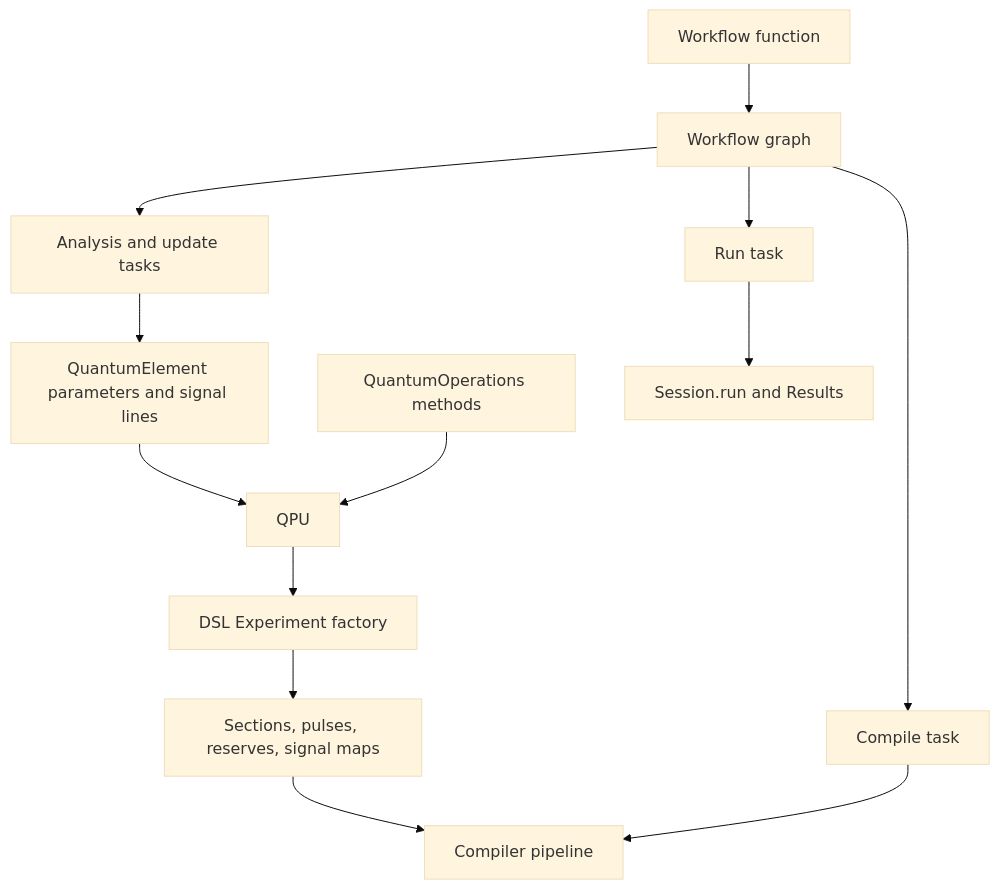
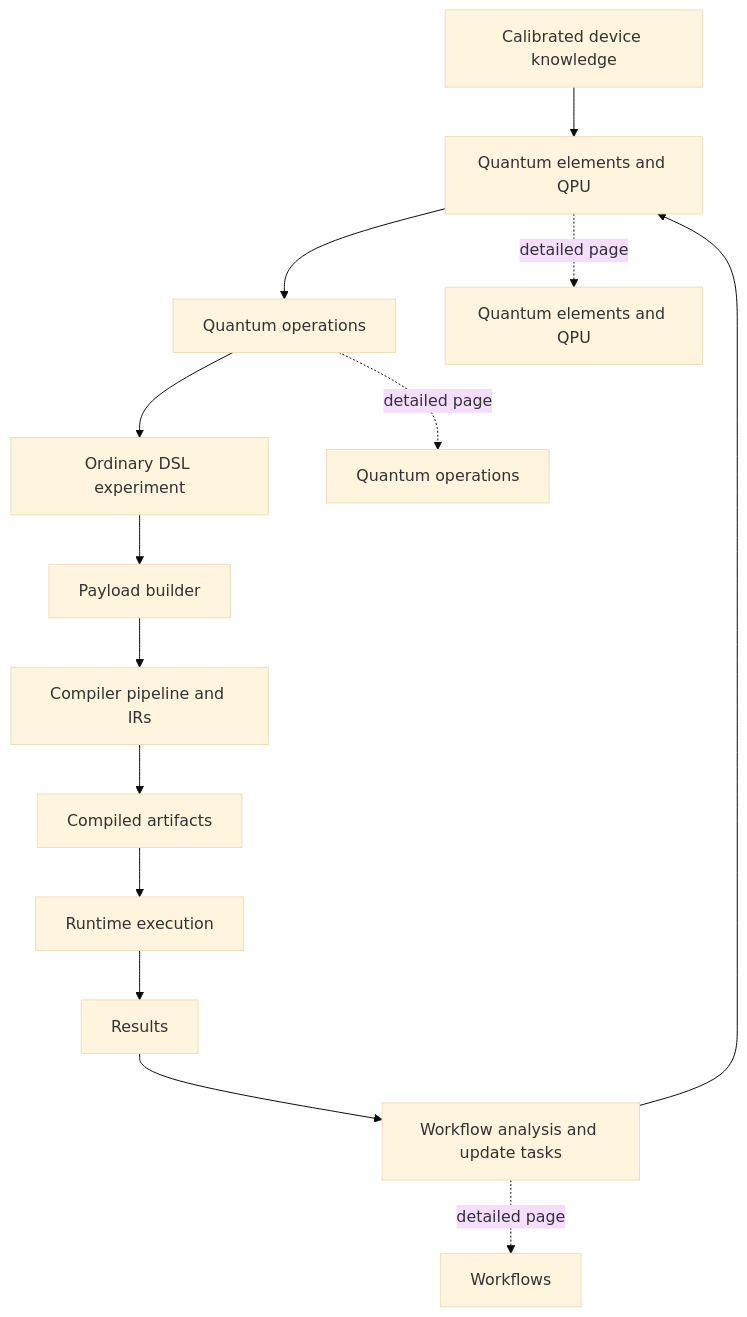
The first of 3 diagrams in docs/17-quantum-objects-and-workflows.md (brianzi/laboneq-devguide), drawn with Mermaid (base theme) before and after one commit. The commit also changed other lines of this file and 8 other files, not shown here.

````diff
--- a/docs/17-quantum-objects-and-workflows.md
+++ b/docs/17-quantum-objects-and-workflows.md
@@ -7,15 +5,17 @@
 ```mermaid
 graph TD
-    A[QuantumElement parameters and signal lines] --> B[QPU]
-    C[QuantumOperations methods] --> B
-    B --> D[DSL Experiment factory]
-    D --> E[Sections, pulses, reserves, signal maps]
-    E --> F[Compiler pipeline]
-    G[Workflow function] --> H[Workflow graph]
-    H --> I[Compile task]
-    H --> J[Run task]
-    H --> K[Analysis and update tasks]
-    I --> F
-    J --> L[Session.run and Results]
-    K --> A
+    A[Calibrated device knowledge] --> B[Quantum elements and QPU]
+    B --> C[Quantum operations]
+    C --> D[Ordinary DSL experiment]
+    D --> E[Payload builder]
+    E --> F[Compiler pipeline and IRs]
+    F --> G[Compiled artifacts]
+    G --> H[Runtime execution]
+    H --> I[Results]
+    I --> J[Workflow analysis and update tasks]
+    J --> B
+
+    B -. detailed page .-> B1[Quantum elements and QPU]
+    C -. detailed page .-> C1[Quantum operations]
+    J -. detailed page .-> J1[Workflows]
 ```
````
